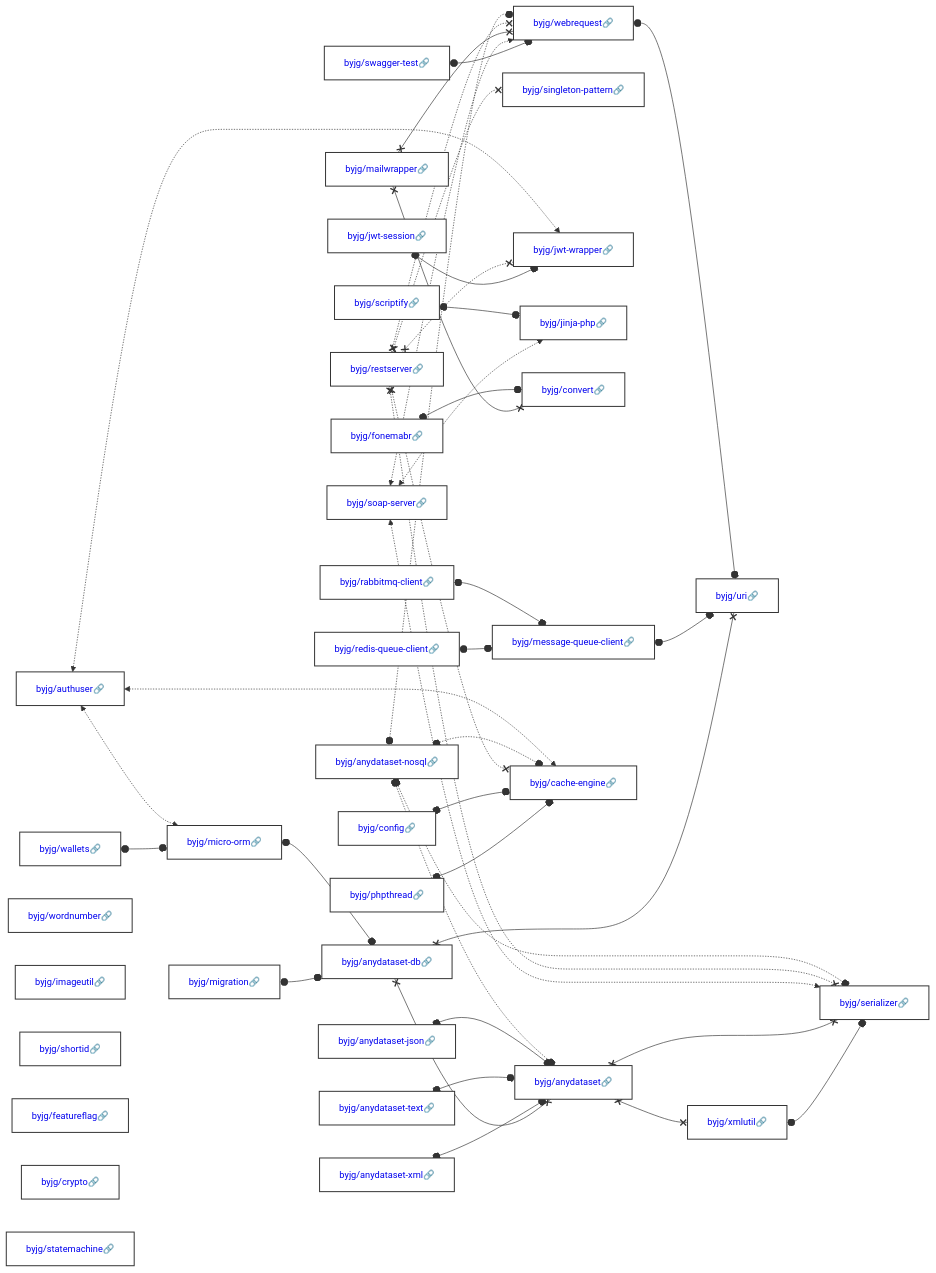
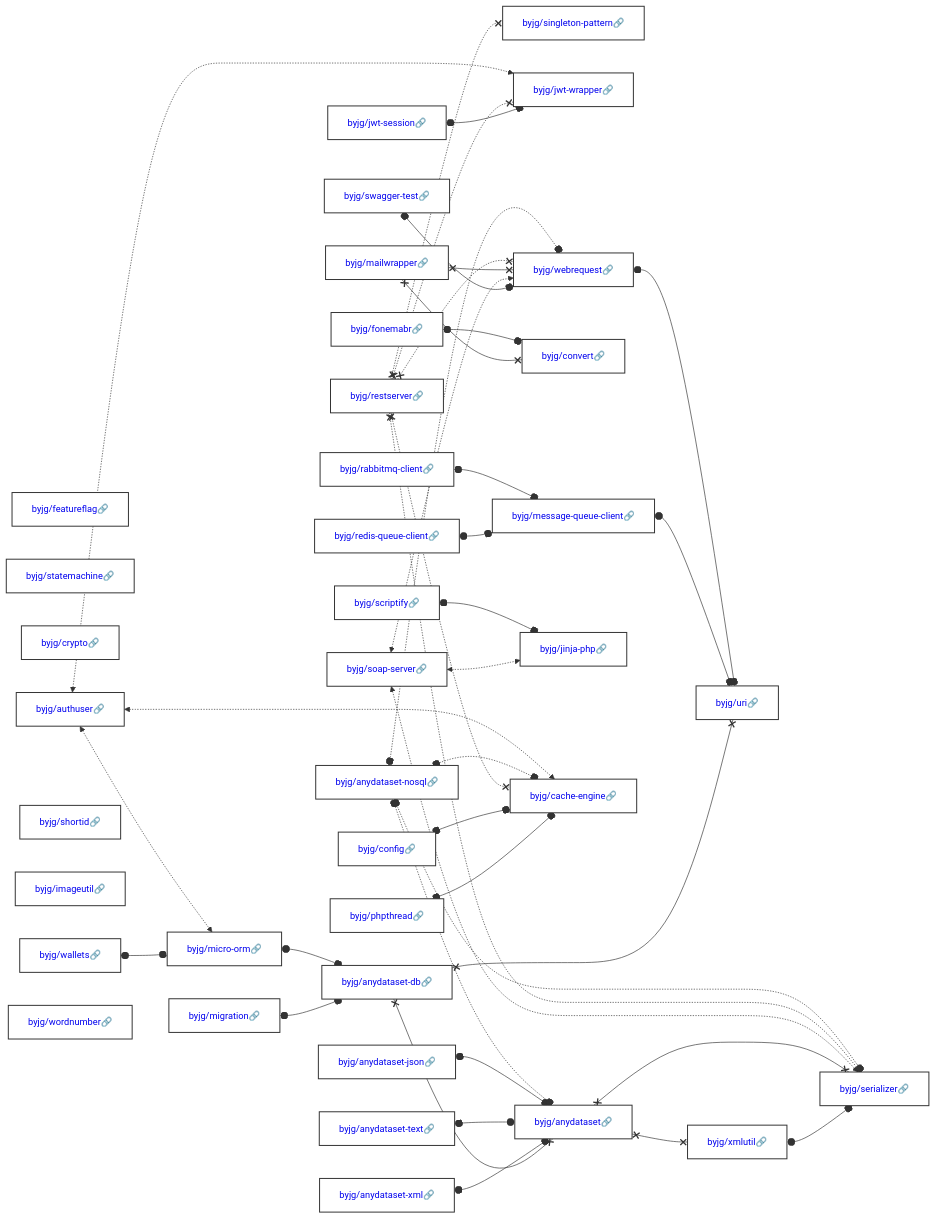
Before and after one commit to byjg/byjg.github.io: the diagram in docs/php/README.md, drawn with Mermaid. The commit also changed other lines of this file and 28 other files, not shown here.

Commit message:
Update documentation 'php' 'php-rest-reference-architecture'

````diff
--- a/docs/php/README.md
+++ b/docs/php/README.md
@@ -3,36 +3,36 @@
 ```mermaid
 graph LR;
+  byjg/soap-server[<a href='https://opensource.byjg.com/docs/php/soap-server' style='text-decoration:none'>byjg/soap-server🔗</a>];
+  byjg/featureflag[<a href='https://opensource.byjg.com/docs/php/featureflag' style='text-decoration:none'>byjg/featureflag🔗</a>];
+  byjg/statemachine[<a href='https://opensource.byjg.com/docs/php/statemachine' style='text-decoration:none'>byjg/statemachine🔗</a>];
+  byjg/migration[<a href='https://opensource.byjg.com/docs/php/migration' style='text-decoration:none'>byjg/migration🔗</a>];
+  byjg/crypto[<a href='https://opensource.byjg.com/docs/php/crypto' style='text-decoration:none'>byjg/crypto🔗</a>];
   byjg/phpthread[<a href='https://opensource.byjg.com/docs/php/phpthread' style='text-decoration:none'>byjg/phpthread🔗</a>];
+  byjg/authuser[<a href='https://opensource.byjg.com/docs/php/authuser' style='text-decoration:none'>byjg/authuser🔗</a>];
+  byjg/anydataset-text[<a href='https://opensource.byjg.com/docs/php/anydataset-text' style='text-decoration:none'>byjg/anydataset-text🔗</a>];
+  byjg/shortid[<a href='https://opensource.byjg.com/docs/php/shortid' style='text-decoration:none'>byjg/shortid🔗</a>];
+  byjg/jwt-session[<a href='https://opensource.byjg.com/docs/php/jwt-session' style='text-decoration:none'>byjg/jwt-session🔗</a>];
+  byjg/imageutil[<a href='https://opensource.byjg.com/docs/php/imageutil' style='text-decoration:none'>byjg/imageutil🔗</a>];
+  byjg/mailwrapper[<a href='https://opensource.byjg.com/docs/php/mailwrapper' style='text-decoration:none'>byjg/mailwrapper🔗</a>];
+  byjg/restserver[<a href='https://opensource.byjg.com/docs/php/restserver' style='text-decoration:none'>byjg/restserver🔗</a>];
+  byjg/redis-queue-client[<a href='https://opensource.byjg.com/docs/php/redis-queue-client' style='text-decoration:none'>byjg/redis-queue-client🔗</a>];
+  byjg/anydataset-nosql[<a href='https://opensource.byjg.com/docs/php/anydataset-nosql' style='text-decoration:none'>byjg/anydataset-nosql🔗</a>];
   byjg/anydataset-xml[<a href='https://opensource.byjg.com/docs/php/anydataset-xml' style='text-decoration:none'>byjg/anydataset-xml🔗</a>];
-  byjg/redis-queue-client[<a href='https://opensource.byjg.com/docs/php/redis-queue-client' style='text-decoration:none'>byjg/redis-queue-client🔗</a>];
+  byjg/rabbitmq-client[<a href='https://opensource.byjg.com/docs/php/rabbitmq-client' style='text-decoration:none'>byjg/rabbitmq-client🔗</a>];
+  byjg/wallets[<a href='https://opensource.byjg.com/docs/php/wallets' style='text-decoration:none'>byjg/wallets🔗</a>];
   byjg/fonemabr[<a href='https://opensource.byjg.com/docs/php/fonemabr' style='text-decoration:none'>byjg/fonemabr🔗</a>];
-  byjg/wallets[<a href='https://opensource.byjg.com/docs/php/wallets' style='text-decoration:none'>byjg/wallets🔗</a>];
-  byjg/authuser[<a href='https://opensource.byjg.com/docs/php/authuser' style='text-decoration:none'>byjg/authuser🔗</a>];
-  byjg/migration[<a href='https://opensource.byjg.com/docs/php/migration' style='text-decoration:none'>byjg/migration🔗</a>];
+  byjg/wordnumber[<a href='https://opensource.byjg.com/docs/php/wordnumber' style='text-decoration:none'>byjg/wordnumber🔗</a>];
   byjg/swagger-test[<a href='https://opensource.byjg.com/docs/php/swagger-test' style='text-decoration:none'>byjg/swagger-test🔗</a>];
-  byjg/jwt-session[<a href='https://opensource.byjg.com/docs/php/jwt-session' style='text-decoration:none'>byjg/jwt-session🔗</a>];
-  byjg/anydataset-text[<a href='https://opensource.byjg.com/docs/php/anydataset-text' style='text-decoration:none'>byjg/anydataset-text🔗</a>];
-  byjg/wordnumber[<a href='https://opensource.byjg.com/docs/php/wordnumber' style='text-decoration:none'>byjg/wordnumber🔗</a>];
+  byjg/anydataset-json[<a href='https://opensource.byjg.com/docs/php/anydataset-json' style='text-decoration:none'>byjg/anydataset-json🔗</a>];
   byjg/scriptify[<a href='https://opensource.byjg.com/docs/php/scriptify' style='text-decoration:none'>byjg/scriptify🔗</a>];
-  byjg/imageutil[<a href='https://opensource.byjg.com/docs/php/imageutil' style='text-decoration:none'>byjg/imageutil🔗</a>];
-  byjg/shortid[<a href='https://opensource.byjg.com/docs/php/shortid' style='text-decoration:none'>byjg/shortid🔗</a>];
-  byjg/featureflag[<a href='https://opensource.byjg.com/docs/php/featureflag' style='text-decoration:none'>byjg/featureflag🔗</a>];
-  byjg/rabbitmq-client[<a href='https://opensource.byjg.com/docs/php/rabbitmq-client' style='text-decoration:none'>byjg/rabbitmq-client🔗</a>];
-  byjg/restserver[<a href='https://opensource.byjg.com/docs/php/restserver' style='text-decoration:none'>byjg/restserver🔗</a>];
-  byjg/anydataset-json[<a href='https://opensource.byjg.com/docs/php/anydataset-json' style='text-decoration:none'>byjg/anydataset-json🔗</a>];
-  byjg/soap-server[<a href='https://opensource.byjg.com/docs/php/soap-server' style='text-decoration:none'>byjg/soap-server🔗</a>];
-  byjg/anydataset-nosql[<a href='https://opensource.byjg.com/docs/php/anydataset-nosql' style='text-decoration:none'>byjg/anydataset-nosql🔗</a>];
-  byjg/mailwrapper[<a href='https://opensource.byjg.com/docs/php/mailwrapper' style='text-decoration:none'>byjg/mailwrapper🔗</a>];
-  byjg/crypto[<a href='https://opensource.byjg.com/docs/php/crypto' style='text-decoration:none'>byjg/crypto🔗</a>];
-  byjg/statemachine[<a href='https://opensource.byjg.com/docs/php/statemachine' style='text-decoration:none'>byjg/statemachine🔗</a>];
   byjg/config[<a href='https://opensource.byjg.com/docs/php/config' style='text-decoration:none'>byjg/config🔗</a>];
-  byjg/micro-orm[<a href='https://opensource.byjg.com/docs/php/micro-orm' style='text-decoration:none'>byjg/micro-orm🔗</a>];
-  byjg/message-queue-client[<a href='https://opensource.byjg.com/docs/php/message-queue-client' style='text-decoration:none'>byjg/message-queue-client🔗</a>];
   byjg/singleton-pattern[<a href='https://opensource.byjg.com/docs/php/singleton-pattern' style='text-decoration:none'>byjg/singleton-pattern🔗</a>];
   byjg/jwt-wrapper[<a href='https://opensource.byjg.com/docs/php/jwt-wrapper' style='text-decoration:none'>byjg/jwt-wrapper🔗</a>];
-  byjg/jinja-php[<a href='https://opensource.byjg.com/docs/php/jinja-php' style='text-decoration:none'>byjg/jinja-php🔗</a>];
+  byjg/message-queue-client[<a href='https://opensource.byjg.com/docs/php/message-queue-client' style='text-decoration:none'>byjg/message-queue-client🔗</a>];
+  byjg/micro-orm[<a href='https://opensource.byjg.com/docs/php/micro-orm' style='text-decoration:none'>byjg/micro-orm🔗</a>];
   byjg/convert[<a href='https://opensource.byjg.com/docs/php/convert' style='text-decoration:none'>byjg/convert🔗</a>];
   byjg/webrequest[<a href='https://opensource.byjg.com/docs/php/webrequest' style='text-decoration:none'>byjg/webrequest🔗</a>];
+  byjg/jinja-php[<a href='https://opensource.byjg.com/docs/php/jinja-php' style='text-decoration:none'>byjg/jinja-php🔗</a>];
   byjg/cache-engine[<a href='https://opensource.byjg.com/docs/php/cache-engine' style='text-decoration:none'>byjg/cache-engine🔗</a>];
   byjg/anydataset-db[<a href='https://opensource.byjg.com/docs/php/anydataset-db' style='text-decoration:none'>byjg/anydataset-db🔗</a>];
   byjg/anydataset[<a href='https://opensource.byjg.com/docs/php/anydataset' style='text-decoration:none'>byjg/anydataset🔗</a>];
````
